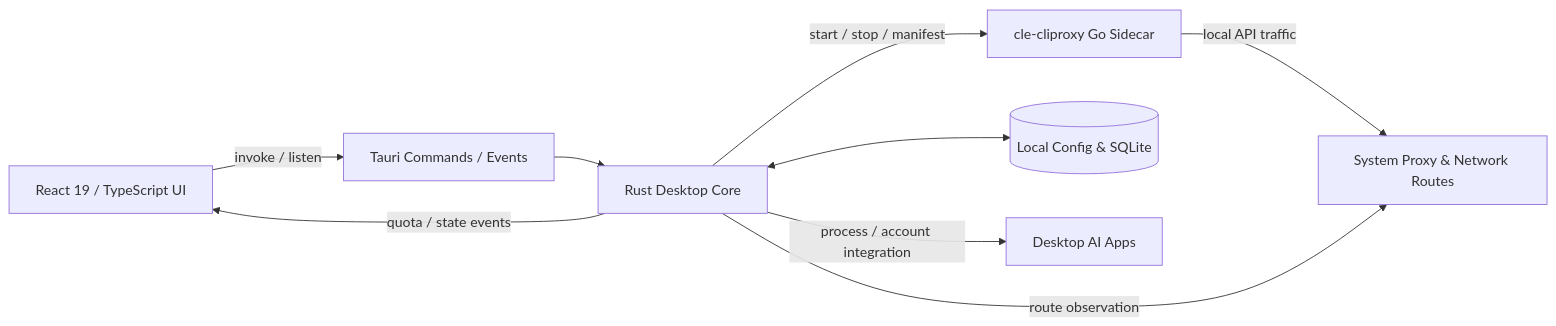
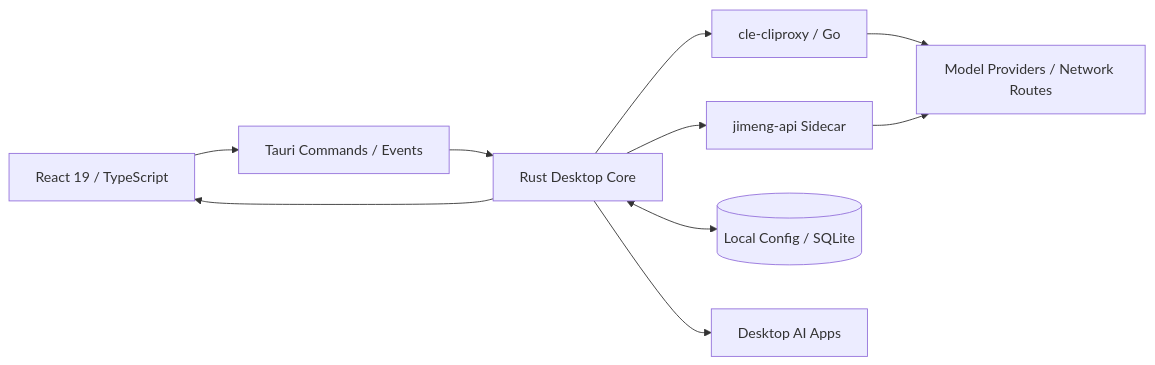
Before and after one commit to Cle0726/C.le.console: the diagram in README.md, drawn with Mermaid. The commit also changed other lines of this file and 1 other file, not shown here.

````diff
--- a/README.md
+++ b/README.md
@@ -55,19 +77,21 @@
 ```mermaid
 flowchart LR
-    UI[React 19 / TypeScript UI]
-    IPC[Tauri Commands / Events]
-    CORE[Rust Desktop Core]
-    SIDECAR[cle-cliproxy Go Sidecar]
-    STORE[(Local Config & SQLite)]
-    APPS[Desktop AI Apps]
-    NET[System Proxy & Network Routes]
+    UI["React 19 / TypeScript"]
+    IPC["Tauri Commands / Events"]
+    CORE["Rust Desktop Core"]
+    PROXY["cle-cliproxy / Go"]
+    JIMENG["jimeng-api Sidecar"]
+    STORE[("Local Config / SQLite")]
+    APPS["Desktop AI Apps"]
+    NET["Model Providers / Network Routes"]
 
-    UI -->|invoke / listen| IPC
+    UI --> IPC
     IPC --> CORE
     CORE <--> STORE
-    CORE -->|process / account integration| APPS
-    CORE -->|start / stop / manifest| SIDECAR
-    SIDECAR -->|local API traffic| NET
-    CORE -->|route observation| NET
-    CORE -->|quota / state events| UI
+    CORE --> APPS
+    CORE --> PROXY
+    CORE --> JIMENG
+    PROXY --> NET
+    JIMENG --> NET
+    CORE --> UI
 ```
````
